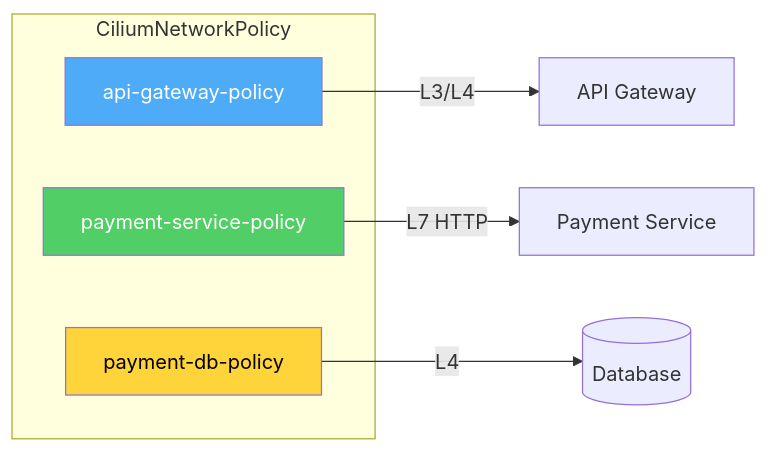
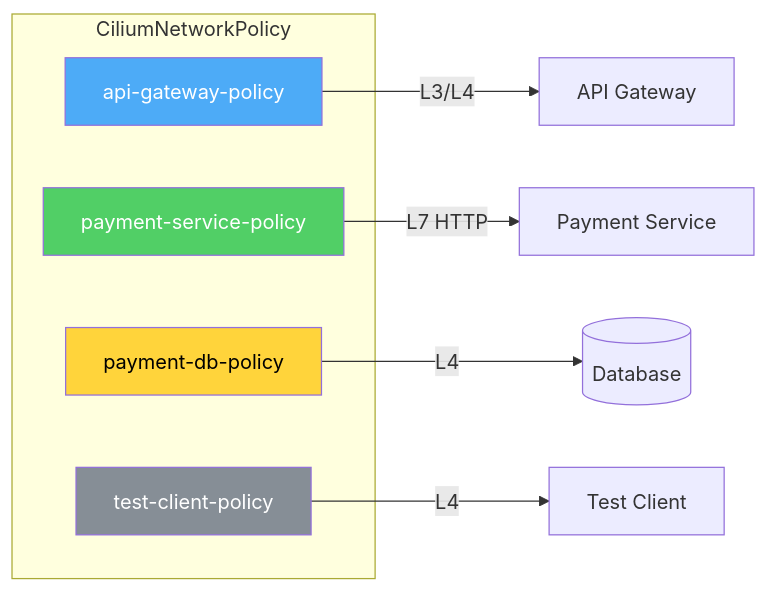
The second of 2 diagrams in cilium-first-sample/use-cases/README.md (christian-dussol-cloud-native/cilium), drawn with Mermaid before and after one commit. The commit also changed other lines of this file and 1 other file, not shown here.

````diff
--- a/cilium-first-sample/use-cases/README.md
+++ b/cilium-first-sample/use-cases/README.md
@@ -204,16 +205,19 @@
 ```mermaid
 graph LR
     subgraph policies ["CiliumNetworkPolicy"]
         P1[api-gateway-policy]
         P2[payment-service-policy]
         P3[payment-db-policy]
+        P4[test-client-policy]
     end
 
     P1 -->|L3/L4| Gateway[API Gateway]
     P2 -->|L7 HTTP| Payment[Payment Service]
     P3 -->|L4| DB[(Database)]
+    P4 -->|L4| TestClient[Test Client]
 
     style P1 fill:#4dabf7,color:#fff
     style P2 fill:#51cf66,color:#fff
     style P3 fill:#ffd43b,color:#000
+    style P4 fill:#868e96,color:#fff
 ```
````
